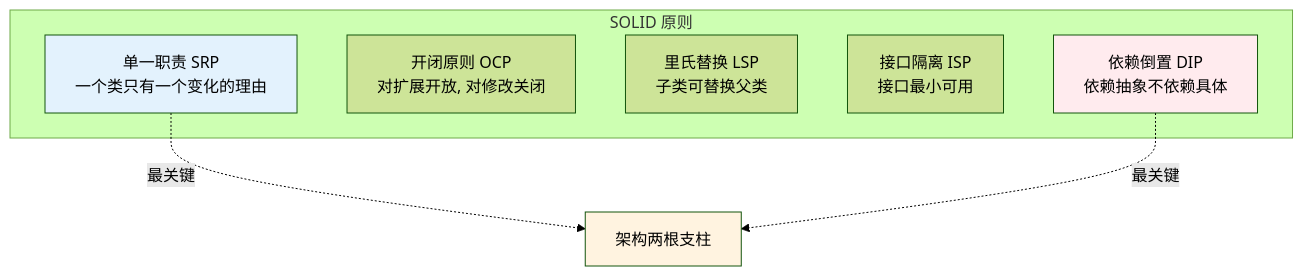
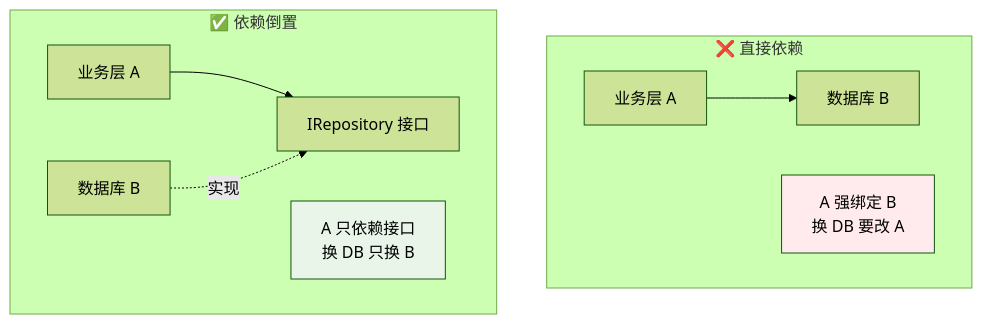
The fourth of 12 diagrams in docs/10.真经/05.方案设计思想/01.通用架构设计方案.md (chongyang211/YCBookBlog), drawn with Mermaid (forest theme) before and after one commit. The commit also changed other lines of this file and 36 other files, not shown here.

````diff
--- a/docs/10.真经/05.方案设计思想/01.通用架构设计方案.md
+++ b/docs/10.真经/05.方案设计思想/01.通用架构设计方案.md
@@ -232,17 +289,16 @@
 ```mermaid
 graph TB
-    subgraph "SOLID 原则"
-        S[单一职责 SRP<br/>一个类只有一个变化的理由]
-        O[开闭原则 OCP<br/>对扩展开放, 对修改关闭]
-        L[里氏替换 LSP<br/>子类可替换父类]
-        I[接口隔离 ISP<br/>接口最小可用]
-        D[依赖倒置 DIP<br/>依赖抽象不依赖具体]
+    subgraph "❌ 直接依赖"
+        A1[业务层 A] --> B1[数据库 B]
+        Note1[A 强绑定 B<br/>换 DB 要改 A]
     end
     
-    S -.->|最关键| Core[架构两根支柱]
-    D -.->|最关键| Core
+    subgraph "✅ 依赖倒置"
+        A2[业务层 A] --> I[IRepository 接口]
+        B2[数据库 B] -.实现.-> I
+        Note2[A 只依赖接口<br/>换 DB 只换 B]
+    end
     
-    style S fill:#e3f2fd
-    style D fill:#ffebee
-    style Core fill:#fff3e0
+    style Note1 fill:#ffebee
+    style Note2 fill:#e8f5e8
 ```
````
